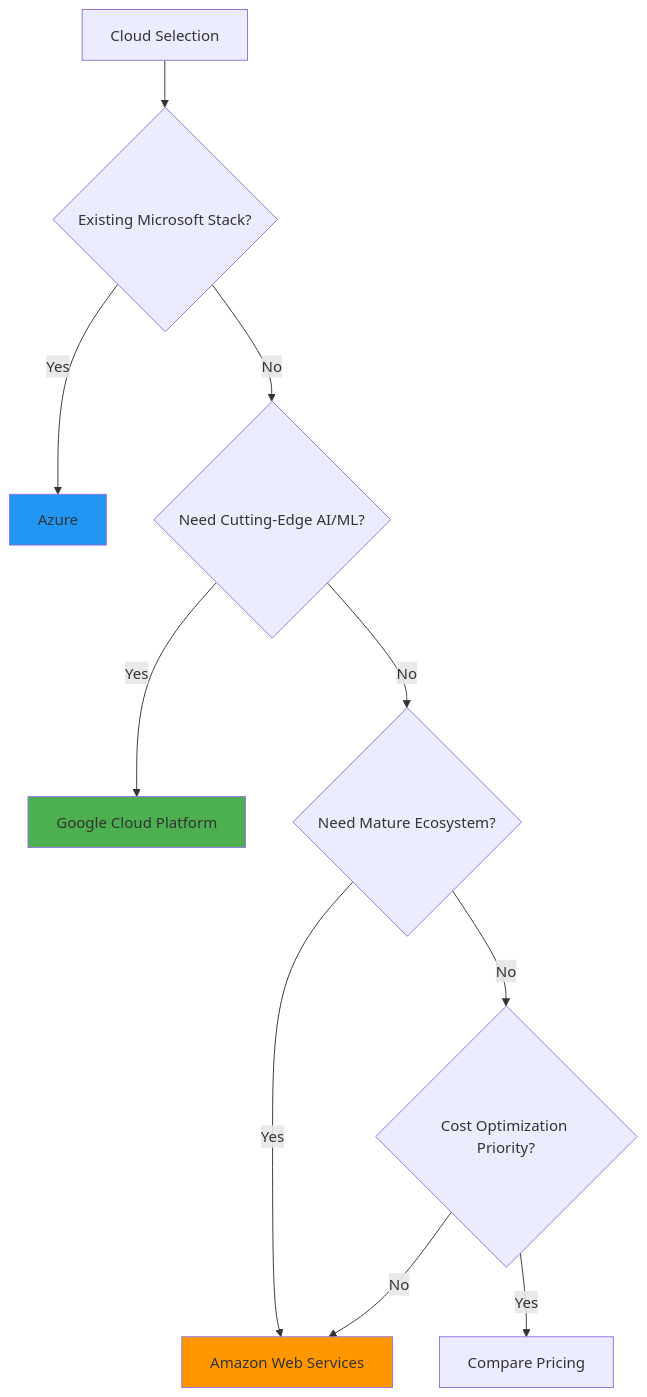
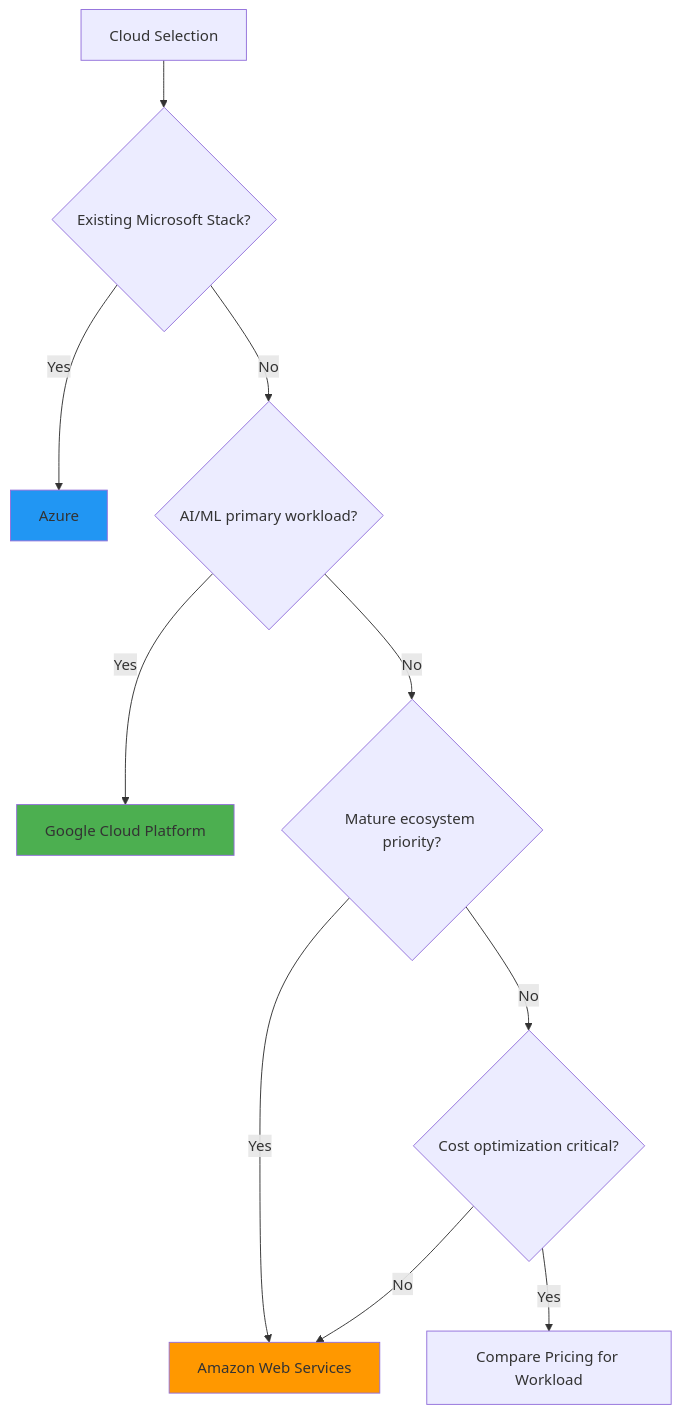
One commit to stratpoint-engineering/ultimate-ai-agents changed the third of 12 diagrams in agents/claude/engineering/architecture/solution-architect.md. Above: the diagram before and after it, drawn with Mermaid. The commit also changed other lines of this file and 4 other files, not shown here.

First line of the commit message:
Sync Gemini solution-architect to Claude version with full workflow and ADR structure

````diff
--- a/agents/claude/engineering/architecture/solution-architect.md
+++ b/agents/claude/engineering/architecture/solution-architect.md
@@ -90,20 +572,16 @@
 ```mermaid
 graph TD
     Start[Cloud Selection] --> Q1{Existing Microsoft Stack?}
-
     Q1 -->|Yes| Azure[Azure]
-    Q1 -->|No| Q2{Need Cutting-Edge AI/ML?}
-
+    Q1 -->|No| Q2{AI/ML primary workload?}
     Q2 -->|Yes| GCP[Google Cloud Platform]
-    Q2 -->|No| Q3{Need Mature Ecosystem?}
-
+    Q2 -->|No| Q3{Mature ecosystem priority?}
     Q3 -->|Yes| AWS[Amazon Web Services]
-    Q3 -->|No| Q4{Cost Optimization Priority?}
-
-    Q4 -->|Yes| Compare[Compare Pricing]
+    Q3 -->|No| Q4{Cost optimization critical?}
+    Q4 -->|Yes| Compare[Compare Pricing for Workload]
     Q4 -->|No| AWS
 
     style AWS fill:#ff9800
     style Azure fill:#2196f3
     style GCP fill:#4caf50
 ```
````
